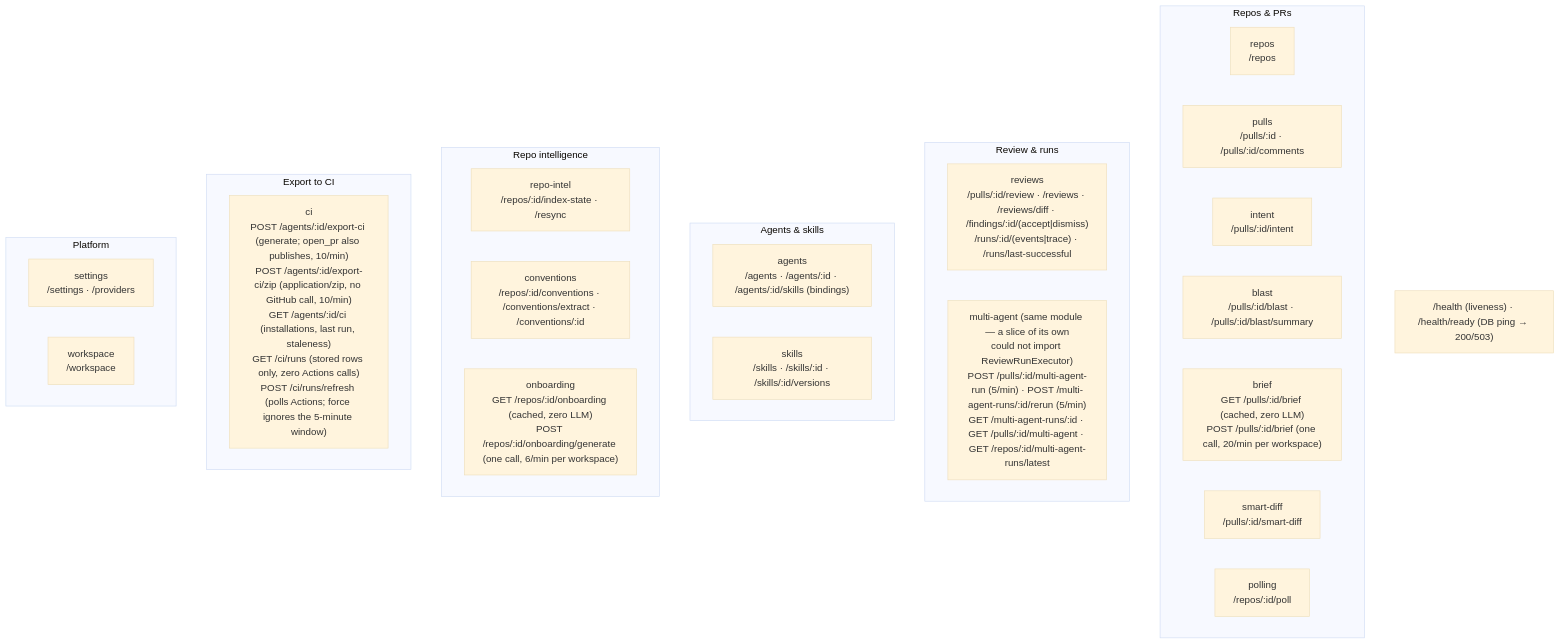
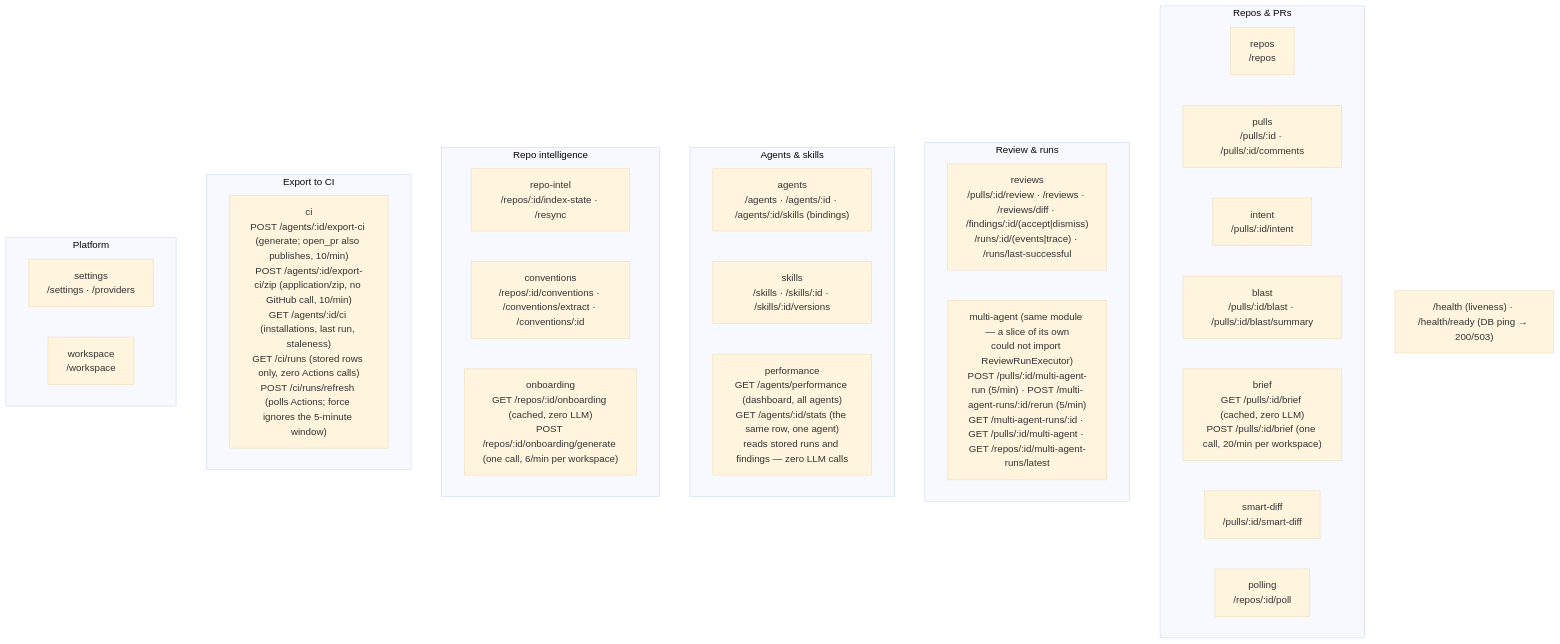
One commit to Holubinka/dev-digest changed the second of 2 diagrams in server/README.md. Above: the diagram before and after it, drawn with Mermaid (base theme). The commit also changed other lines of this file and 58 other files, not shown here.

First line of the commit message:
feat(performance): Agent Performance — every agent's runs, cost and accept rate

````diff
--- a/server/README.md
+++ b/server/README.md
@@ -64,33 +64,34 @@
 ```mermaid
 flowchart TB
   subgraph Repos_PRs["Repos & PRs"]
     repos["repos<br/>/repos"]
     pulls["pulls<br/>/pulls/:id · /pulls/:id/comments"]
     intent["intent<br/>/pulls/:id/intent"]
     blast["blast<br/>/pulls/:id/blast · /pulls/:id/blast/summary"]
     brief["brief<br/>GET /pulls/:id/brief (cached, zero LLM)<br/>POST /pulls/:id/brief (one call, 20/min per workspace)"]
     smartDiff["smart-diff<br/>/pulls/:id/smart-diff"]
     polling["polling<br/>/repos/:id/poll"]
   end
   subgraph Review["Review & runs"]
     reviews["reviews<br/>/pulls/:id/review · /reviews · /reviews/diff · /findings/:id/(accept|dismiss)<br/>/runs/:id/(events|trace) · /runs/last-successful"]
     multiAgent["multi-agent (same module — a slice of its own<br/>could not import ReviewRunExecutor)<br/>POST /pulls/:id/multi-agent-run (5/min) · POST /multi-agent-runs/:id/rerun (5/min)<br/>GET /multi-agent-runs/:id · GET /pulls/:id/multi-agent · GET /repos/:id/multi-agent-runs/latest"]
   end
   subgraph Agents["Agents & skills"]
     agents["agents<br/>/agents · /agents/:id · /agents/:id/skills (bindings)"]
     skills["skills<br/>/skills · /skills/:id · /skills/:id/versions"]
+    performance["performance<br/>GET /agents/performance (dashboard, all agents)<br/>GET /agents/:id/stats (the same row, one agent)<br/>reads stored runs and findings — zero LLM calls"]
   end
   subgraph Intel["Repo intelligence"]
     repoIntel["repo-intel<br/>/repos/:id/index-state · /resync"]
     conventions["conventions<br/>/repos/:id/conventions · /conventions/extract · /conventions/:id"]
     onboarding["onboarding<br/>GET /repos/:id/onboarding (cached, zero LLM)<br/>POST /repos/:id/onboarding/generate (one call, 6/min per workspace)"]
   end
   subgraph CI["Export to CI"]
     ci["ci<br/>POST /agents/:id/export-ci (generate; open_pr also publishes, 10/min)<br/>POST /agents/:id/export-ci/zip (application/zip, no GitHub call, 10/min)<br/>GET /agents/:id/ci (installations, last run, staleness)<br/>GET /ci/runs (stored rows only, zero Actions calls)<br/>POST /ci/runs/refresh (polls Actions; force ignores the 5-minute window)"]
   end
   subgraph Platform["Platform"]
     settings["settings<br/>/settings · /providers"]
     workspace["workspace<br/>/workspace"]
   end
   HEALTH["/health (liveness) · /health/ready (DB ping → 200/503)"]
 ```
````
